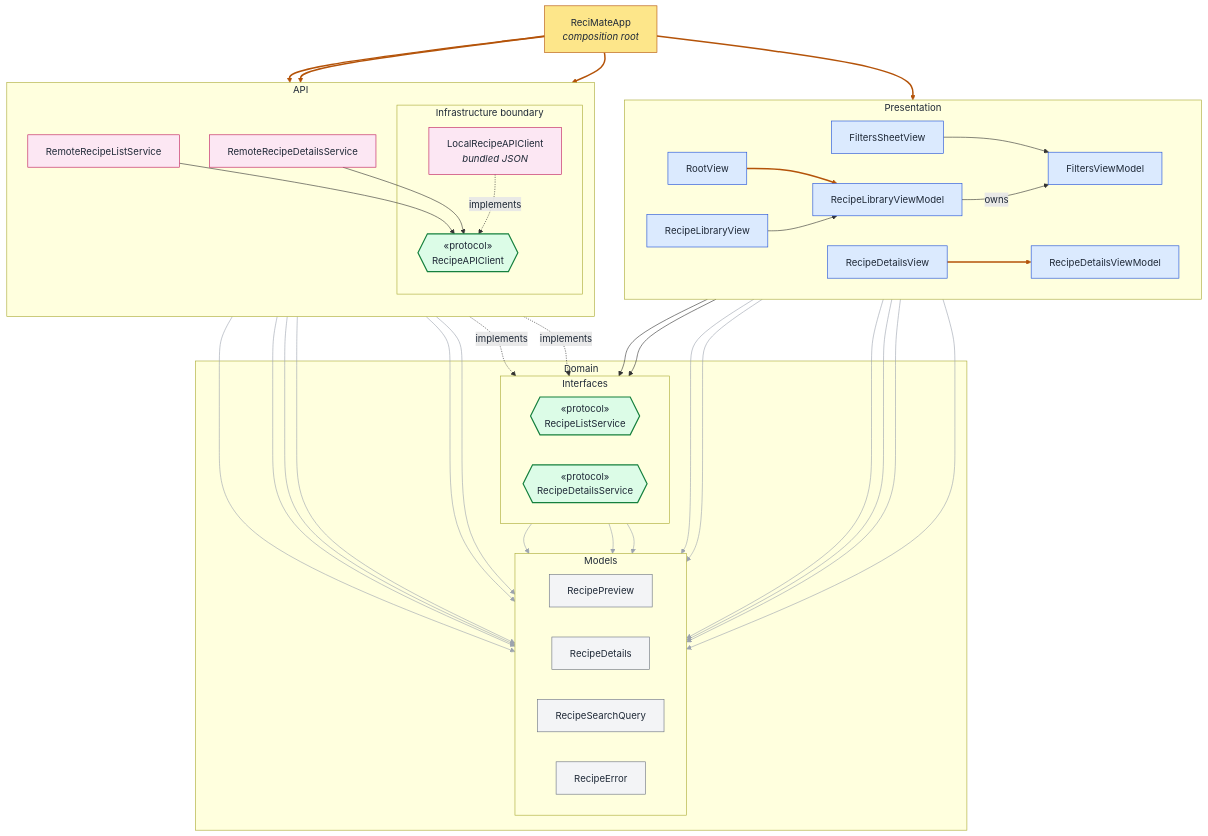
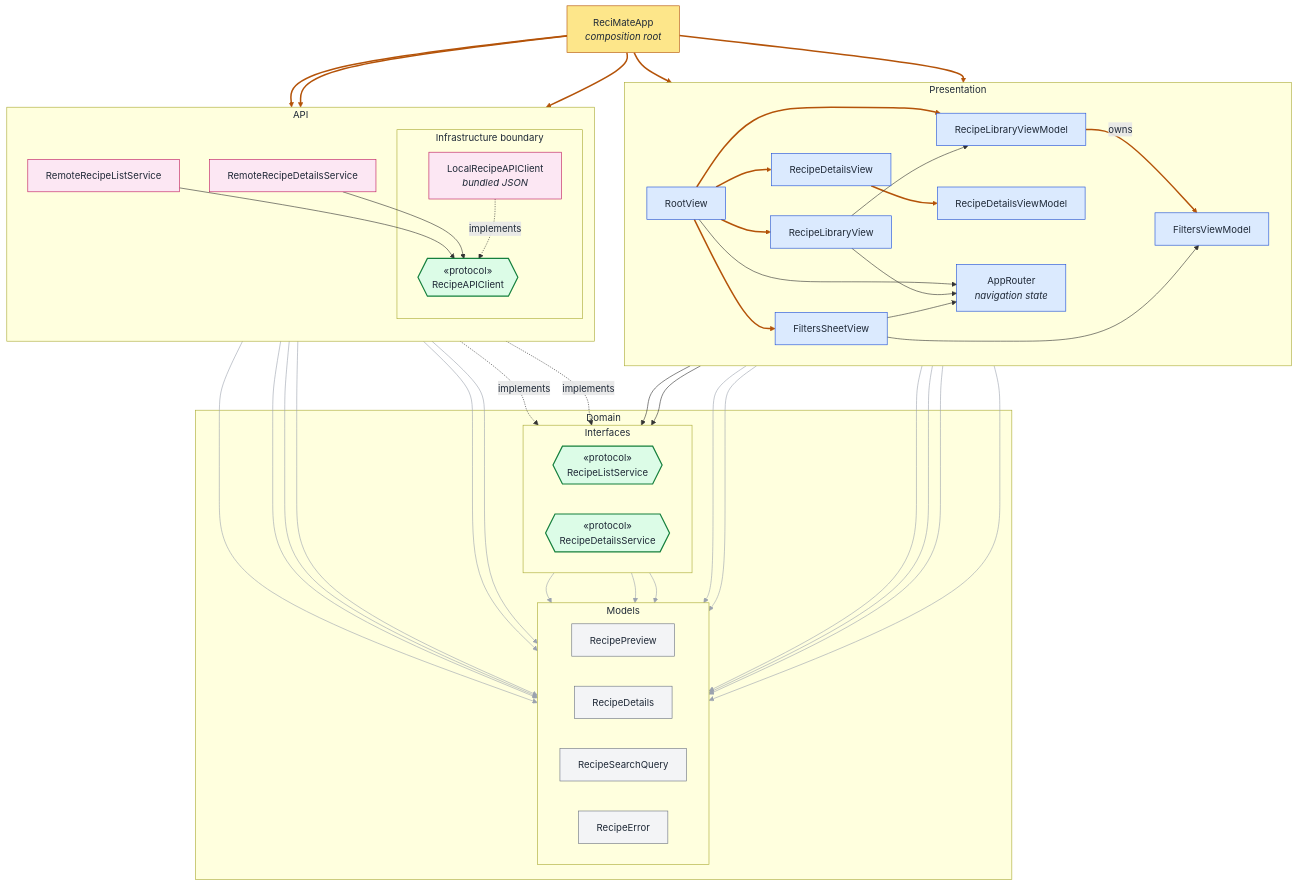
Before and after one commit to igdutra/recimate: the diagram in docs/architecture.md, drawn with Mermaid. The commit also changed other lines of this file and 2 other files, not shown here.

Commit message:
docs: show root view wiring and app router in architecture diagram
The rendered diagram predated the refactor that moved view model creation
out of the composition root. RootView now creates the screens and the
Library view model, AppRouter appears in Presentation, and the README
says where the router is created instead of calling it view-owned.

````diff
--- a/docs/architecture.md
+++ b/docs/architecture.md
@@ -13,6 +13,7 @@
     subgraph Presentation
         direction LR
         Root[RootView]
+        Router["AppRouter<br/><i>navigation state</i>"]
         LibraryView[RecipeLibraryView]
         LibraryVM[RecipeLibraryViewModel]
         FiltersView[FiltersSheetView]
@@ -46,29 +47,36 @@
         end
     end
 
-    %% Creates (0-4, and 7)
+    %% Creates (0-10)
+    App ==> Router
     App ==> Root
-    Root ==> LibraryVM
     App ==> RemoteList
     App ==> RemoteDetails
     App ==> LocalClient
+    Root ==> LibraryView
+    Root ==> FiltersView
+    Root ==> DetailsView
+    Root ==> LibraryVM
+    DetailsView ==> DetailsVM
+    LibraryVM ==>|owns| FiltersVM
 
-    %% Presentation (5-10)
+    %% Presentation (11-17)
+    Root --> Router
+    LibraryView --> Router
+    FiltersView --> Router
     LibraryView --> LibraryVM
     FiltersView --> FiltersVM
-    DetailsView ==> DetailsVM
-    LibraryVM -->|owns| FiltersVM
     LibraryVM --> ListService
     DetailsVM --> DetailsService
 
-    %% API (11-15)
+    %% API (18-22)
     RemoteList -.->|implements| ListService
     RemoteDetails -.->|implements| DetailsService
     RemoteList --> APIClient
     RemoteDetails --> APIClient
     LocalClient -.->|implements| APIClient
 
-    %% Model usage (16-30)
+    %% Model usage (23-37)
     ListService --> Preview
     ListService --> Query
     DetailsService --> Details
@@ -92,11 +100,11 @@
     classDef api fill:#fce7f3,stroke:#be185d,color:#1f2937
 
     class App root
-    class Root,LibraryView,LibraryVM,FiltersView,FiltersVM,DetailsView,DetailsVM presentation
+    class Root,Router,LibraryView,LibraryVM,FiltersView,FiltersVM,DetailsView,DetailsVM presentation
     class ListService,DetailsService,APIClient protocol
     class Preview,Details,Query,Error model
     class RemoteList,RemoteDetails,LocalClient api
 
-    linkStyle 0,1,2,3,4,7 stroke:#b45309,stroke-width:2.5px
-    linkStyle 16,17,18,19,20,21,22,23,24,25,26,27,28,29,30 stroke:#9ca3af,stroke-width:1px
+    linkStyle 0,1,2,3,4,5,6,7,8,9,10 stroke:#b45309,stroke-width:2.5px
+    linkStyle 23,24,25,26,27,28,29,30,31,32,33,34,35,36,37 stroke:#9ca3af,stroke-width:1px
 ```
````
